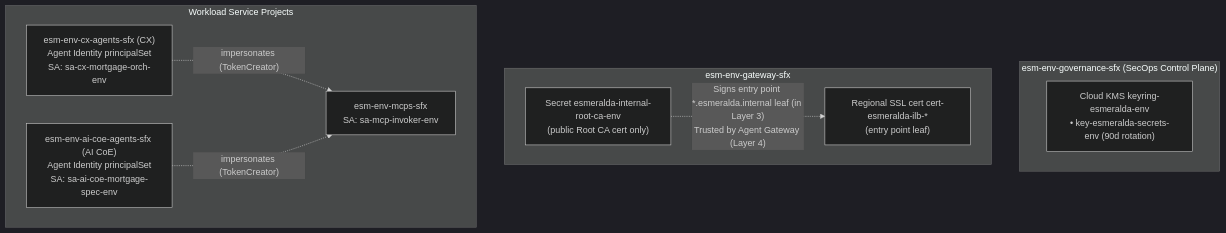
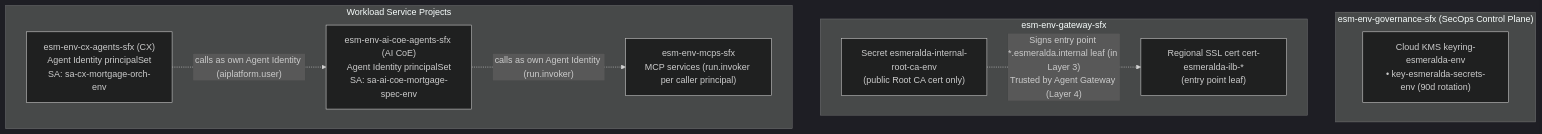
The diagram in docs/src/1-platform-foundations/03-security-iam-and-telemetry.md (google/esmeralda), drawn with Mermaid (dark theme) before and after one commit. The commit also changed other lines of this file and 56 other files, not shown here.

First line of the commit message:
feat(identity): agents call out with their own Agent Identity, retire the shared invoker (#203)

````diff
--- a/docs/src/1-platform-foundations/03-security-iam-and-telemetry.md
+++ b/docs/src/1-platform-foundations/03-security-iam-and-telemetry.md
@@ -84,21 +107,21 @@
 ```mermaid
 flowchart TD
     subgraph Gov["esm-env-governance-sfx (SecOps Control Plane)"]
         KMS["Cloud KMS keyring-esmeralda-env<br/>• key-esmeralda-secrets-env (90d rotation)"]
     end
 
     subgraph GW["esm-env-gateway-sfx"]
         CA["Secret esmeralda-internal-root-ca-env<br/>(public Root CA cert only)"]
         Leaf["Regional SSL cert cert-esmeralda-ilb-*<br/>(entry point leaf)"]
     end
 
     subgraph Workloads["Workload Service Projects"]
-        P_MCPS["esm-env-mcps-sfx<br/>SA: sa-mcp-invoker-env"]
+        P_MCPS["esm-env-mcps-sfx<br/>MCP services (run.invoker per caller principal)"]
         P_AICOE["esm-env-ai-coe-agents-sfx (AI CoE)<br/>Agent Identity principalSet<br/>SA: sa-ai-coe-mortgage-spec-env"]
         P_CX["esm-env-cx-agents-sfx (CX)<br/>Agent Identity principalSet<br/>SA: sa-cx-mortgage-orch-env"]
     end
 
-    P_CX -.->|"impersonates (TokenCreator)"| P_MCPS
-    P_AICOE -.->|"impersonates (TokenCreator)"| P_MCPS
+    P_CX -.->|"calls as own Agent Identity (aiplatform.user)"| P_AICOE
+    P_AICOE -.->|"calls as own Agent Identity (run.invoker)"| P_MCPS
     CA -.->|"Signs entry point *.esmeralda.internal leaf (in Layer 3)<br/>Trusted by Agent Gateway (Layer 4)"| Leaf
 ```
````
